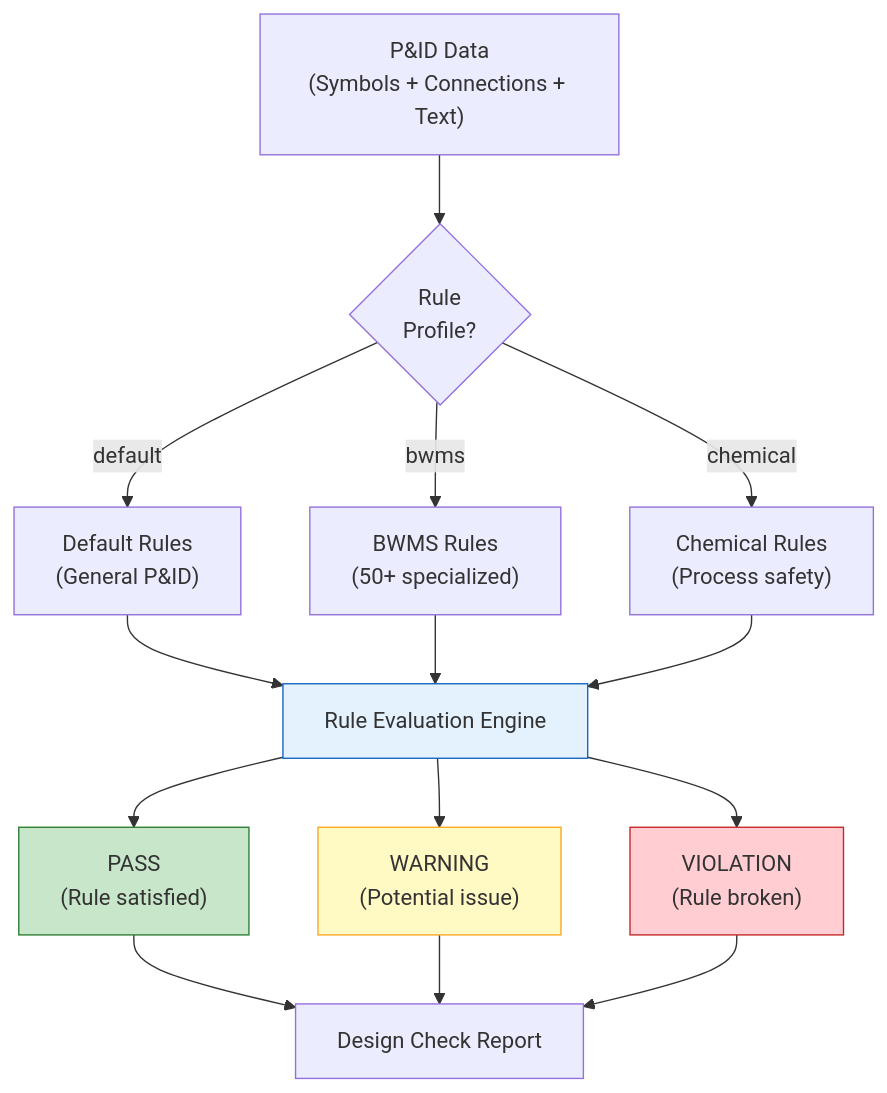
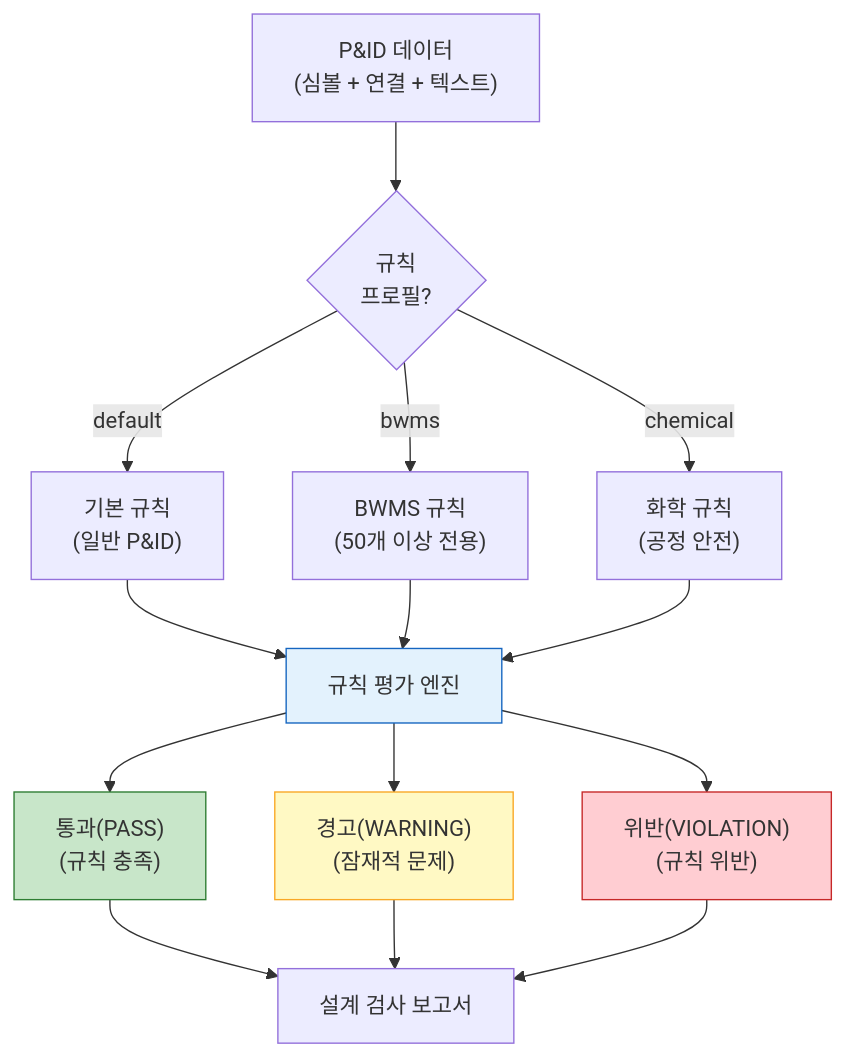
The diagram in docs-site/docs/pid-analysis/design-checker.md (uprootai/AX_OCR), drawn with Mermaid before and after one commit. The commit also changed other lines of this file and 64 other files, not shown here.

````diff
--- a/docs-site/docs/pid-analysis/design-checker.md
+++ b/docs-site/docs/pid-analysis/design-checker.md
@@ -24,39 +24,39 @@
 ```mermaid
 flowchart TD
-    Input["P&ID Data\n(Symbols + Connections + Text)"]
-    Profile{"Rule\nProfile?"}
+    Input["P&ID 데이터\n(심볼 + 연결 + 텍스트)"]
+    Profile{"규칙\n프로필?"}
 
-    Default["Default Rules\n(General P&ID)"]
-    BWMS["BWMS Rules\n(50+ specialized)"]
-    Chemical["Chemical Rules\n(Process safety)"]
+    Default["기본 규칙\n(일반 P&ID)"]
+    BWMS["BWMS 규칙\n(50개 이상 전용)"]
+    Chemical["화학 규칙\n(공정 안전)"]
 
-    Engine["Rule Evaluation Engine"]
+    Engine["규칙 평가 엔진"]
 
-    Pass["PASS\n(Rule satisfied)"]
-    Warning["WARNING\n(Potential issue)"]
-    Violation["VIOLATION\n(Rule broken)"]
+    Pass["통과(PASS)\n(규칙 충족)"]
+    Warning["경고(WARNING)\n(잠재적 문제)"]
+    Violation["위반(VIOLATION)\n(규칙 위반)"]
 
-    Report["Design Check Report"]
+    Report["설계 검사 보고서"]
 
     Input --> Profile
     Profile -->|"default"| Default
     Profile -->|"bwms"| BWMS
     Profile -->|"chemical"| Chemical
 
     Default --> Engine
     BWMS --> Engine
     Chemical --> Engine
 
     Engine --> Pass
     Engine --> Warning
     Engine --> Violation
 
     Pass --> Report
     Warning --> Report
     Violation --> Report
 
     style Pass fill:#c8e6c9,stroke:#2e7d32
     style Warning fill:#fff9c4,stroke:#f9a825
     style Violation fill:#ffcdd2,stroke:#c62828
     style Engine fill:#e3f2fd,stroke:#1565c0
 ```
````
